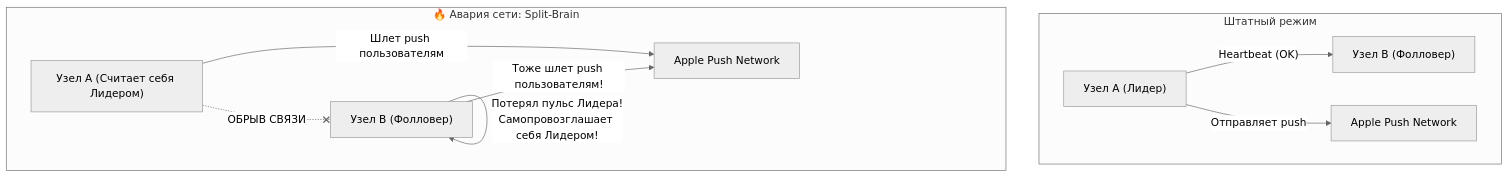
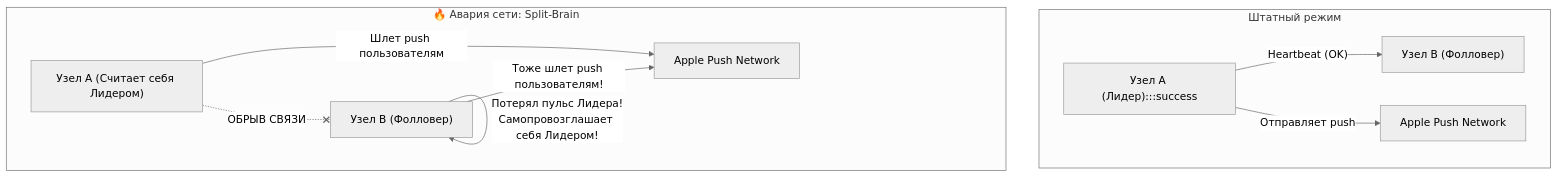
Before and after one commit to UnrealTemplier/go-textbook: the first of 3 diagrams in sources/14. Распределенные системы на Go/02. Консенсус/1. Зачем нужен consensus.md, drawn with Mermaid (neutral theme). The commit also changed other lines of this file and 1666 other files, not shown here.

First line of the commit message:
feat(mermaid): add semantic color classDef to 1369 colorless flowchart/graph diagrams

````diff
--- a/sources/14. Распределенные системы на Go/02. Консенсус/1. Зачем нужен consensus.md
+++ b/sources/14. Распределенные системы на Go/02. Консенсус/1. Зачем нужен consensus.md
@@ -61,14 +61,24 @@
 ```mermaid
 flowchart TD
+    classDef process  fill:#1e293b,stroke:#38bdf8,stroke-width:1px,color:#f8fafc
+    classDef success  fill:#064e3b,stroke:#34d399,stroke-width:1px,color:#f8fafc
+    classDef error    fill:#7f1d1d,stroke:#f87171,stroke-width:1px,color:#f8fafc
+    classDef warning  fill:#78350f,stroke:#fbbf24,stroke-width:1px,color:#f8fafc
+    classDef entry    fill:#1e3a5f,stroke:#38bdf8,stroke-width:2px,color:#f8fafc
+    classDef aux      fill:#334155,stroke:#64748b,stroke-width:1px,color:#f8fafc
+    classDef system   fill:#312e81,stroke:#a78bfa,stroke-width:1px,color:#f8fafc
+    classDef data     fill:#132d29,stroke:#2dd4bf,stroke-width:1px,color:#f8fafc
+    classDef network  fill:#881337,stroke:#fb7185,stroke-width:1px,color:#f8fafc
+    classDef accent   fill:#1e1b4b,stroke:#818cf8,stroke-width:1px,color:#f8fafc
     subgraph NormalState ["Штатный режим"]
-        NodeA1["Узел A (Лидер)"] -->|"Heartbeat (OK)"| NodeB1["Узел B (Фолловер)"]
+        NodeA1["Узел A (Лидер):::success"] -->|"Heartbeat (OK)"| NodeB1["Узел B (Фолловер)"]
         NodeA1 -->|"Отправляет push"| APNS1[Apple Push Network]
     end
 
     subgraph PartitionState ["🔥 Авария сети: Split-Brain"]
         NodeA2["Узел A (Считает себя Лидером)"] -.-x|"ОБРЫВ СВЯЗИ"| NodeB2["Узел B (Фолловер)"]
         NodeA2 -->|"Шлет push пользователям"| APNS2[Apple Push Network]
         NodeB2 -->|"Потерял пульс Лидера!<br>Самопровозглашает себя Лидером!"| NodeB2
         NodeB2 -->|"Тоже шлет push пользователям!"| APNS2
     end
 ```
````
